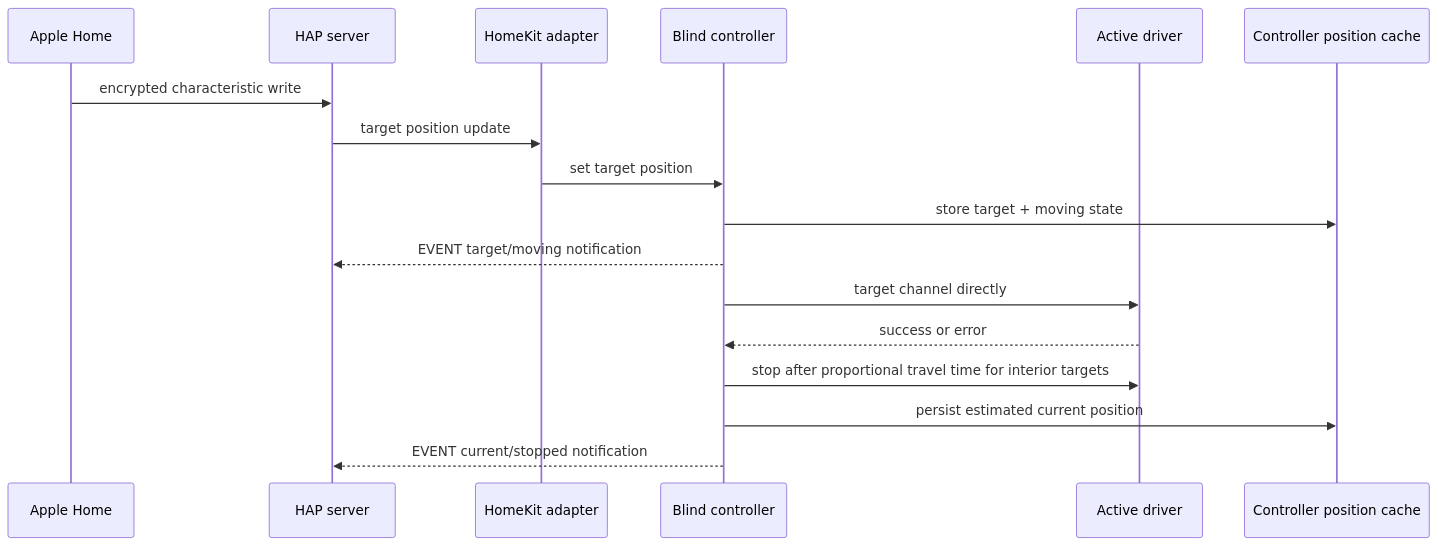
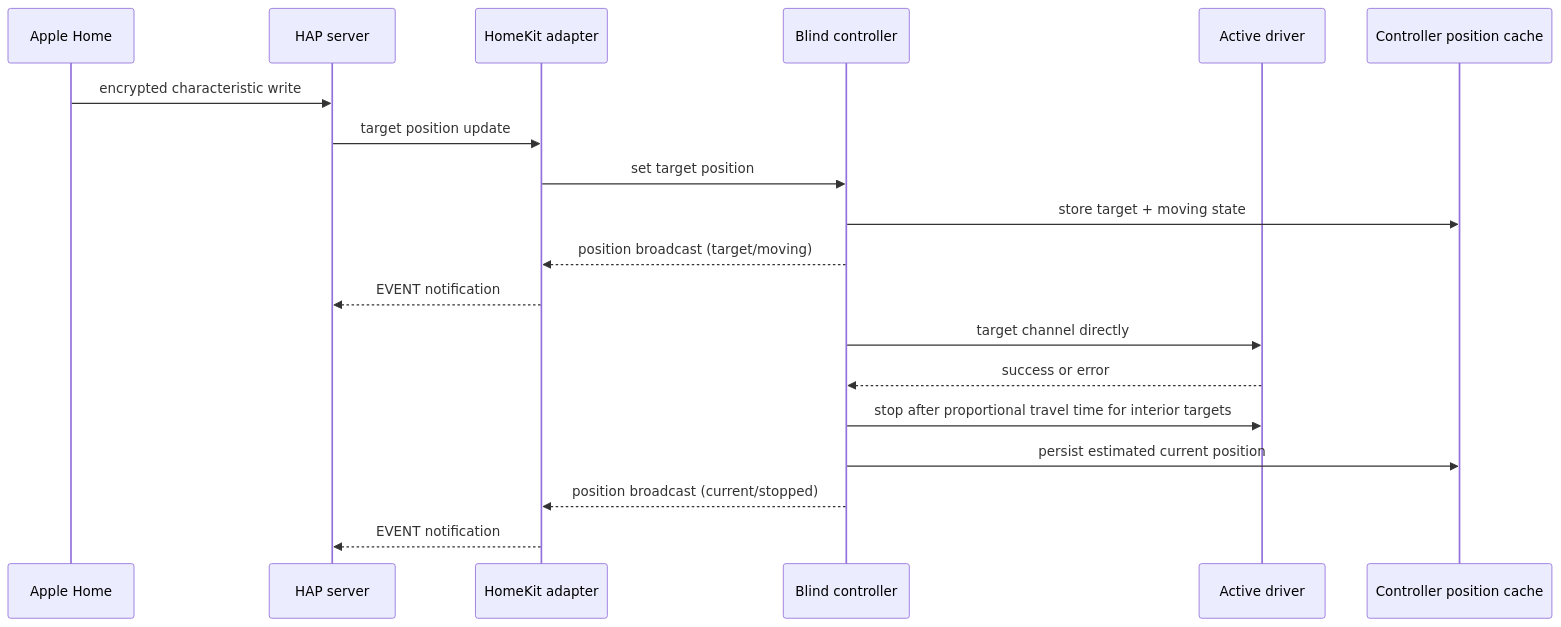
One commit to melkir/remote-gpio changed the fourth of 4 diagrams in docs/ARCHITECTURE.md. Above: the diagram before and after it, drawn with Mermaid. The commit also changed other lines of this file and 7 other files, not shown here.

````diff
--- a/docs/ARCHITECTURE.md
+++ b/docs/ARCHITECTURE.md
@@ -148,20 +148,22 @@
 ```mermaid
 sequenceDiagram
   participant Home as Apple Home
   participant HAP as HAP server
   participant HK as HomeKit adapter
   participant Controller as Blind controller
   participant Driver as Active driver
   participant Cache as Controller position cache
 
   Home->>HAP: encrypted characteristic write
   HAP->>HK: target position update
   HK->>Controller: set target position
   Controller->>Cache: store target + moving state
-  Controller-->>HAP: EVENT target/moving notification
+  Controller-->>HK: position broadcast (target/moving)
+  HK-->>HAP: EVENT notification
   Controller->>Driver: target channel directly
   Driver-->>Controller: success or error
   Controller->>Driver: stop after proportional travel time for interior targets
   Controller->>Cache: persist estimated current position
-  Controller-->>HAP: EVENT current/stopped notification
+  Controller-->>HK: position broadcast (current/stopped)
+  HK-->>HAP: EVENT notification
 ```
````
